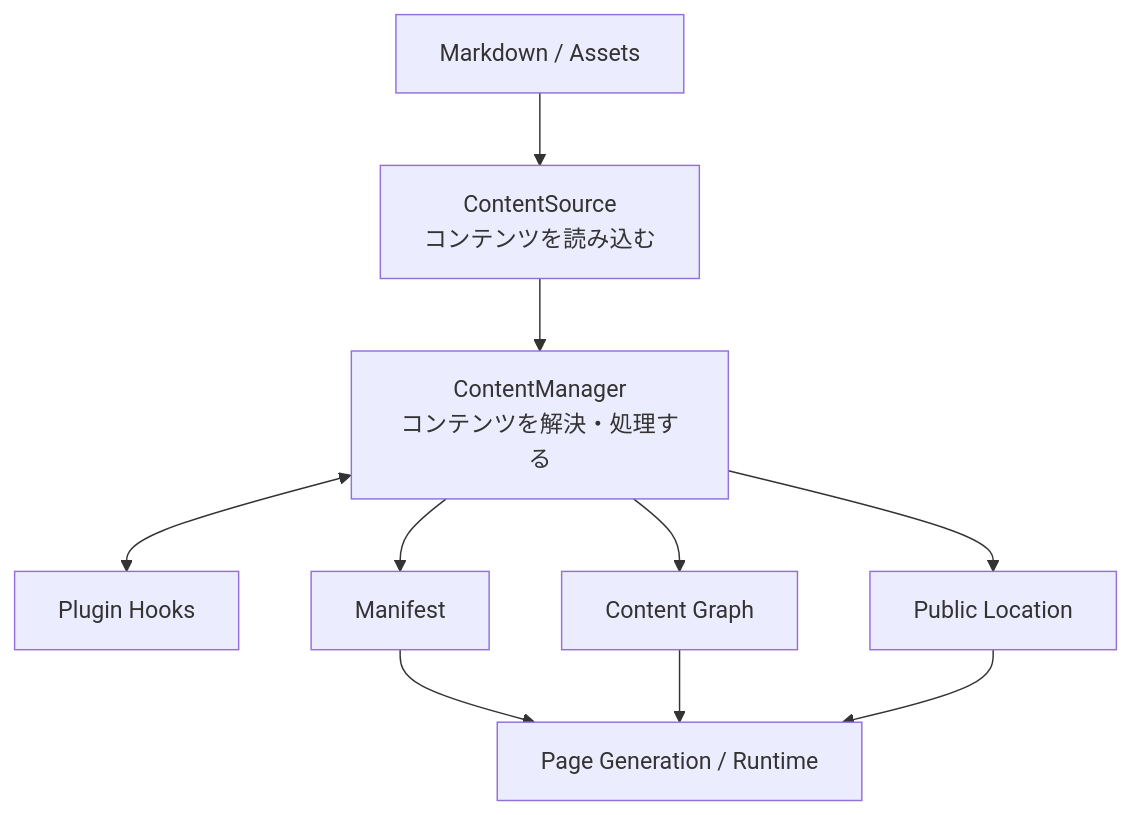
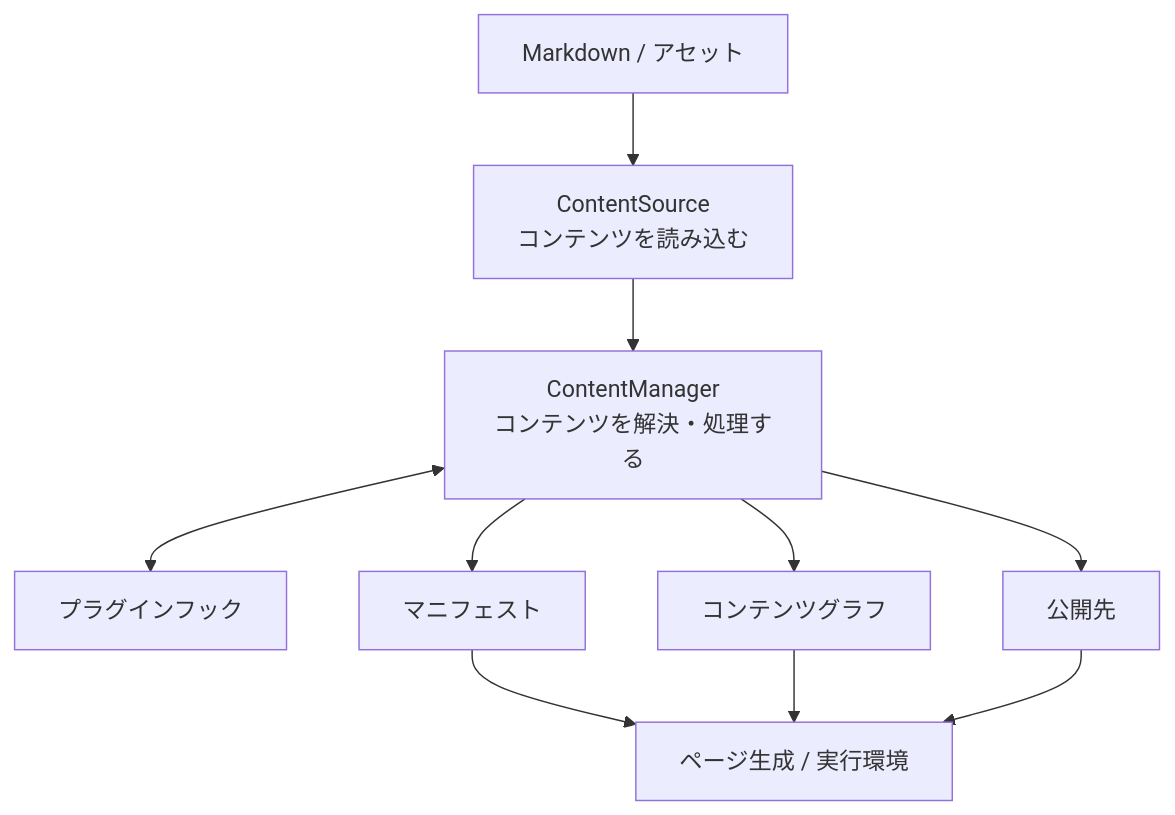
Before and after one commit to Rerurate514/riebeckite: the first of 13 diagrams in docs/docs/framework/content-system.ja.md, drawn with Mermaid. The commit also changed other lines of this file and 310 other files, not shown here.

````diff
--- a/docs/docs/framework/content-system.ja.md
+++ b/docs/docs/framework/content-system.ja.md
@@ -25,24 +23,24 @@
 ```mermaid id="r6gvss"
 flowchart TD
-    Files["Markdown / Assets"]
+    Files["Markdown / アセット"]
     Source["ContentSource<br/>コンテンツを読み込む"]
     Manager["ContentManager<br/>コンテンツを解決・処理する"]
-    Plugin["Plugin Hooks"]
-    Manifest["Manifest"]
-    Graph["Content Graph"]
-    Location["Public Location"]
-    Site["Page Generation / Runtime"]
+    Plugin["プラグインフック"]
+    Manifest["マニフェスト"]
+    Graph["コンテンツグラフ"]
+    Location["公開先"]
+    Site["ページ生成 / 実行環境"]
 
     Files --> Source
     Source --> Manager
 
     Manager <--> Plugin
 
     Manager --> Manifest
     Manager --> Graph
     Manager --> Location
 
     Manifest --> Site
     Graph --> Site
     Location --> Site
 ```
````
